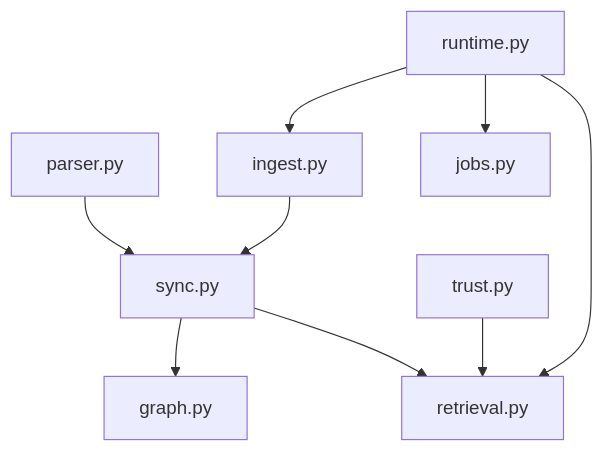
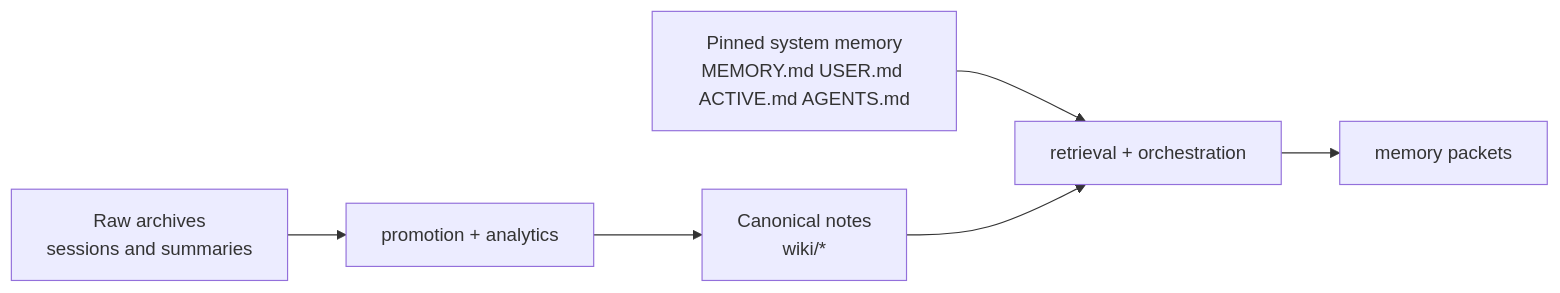
One commit to Jianyu010/MnemonicOS changed the fifth of 5 diagrams in README.md. Above: the diagram before and after it, drawn with Mermaid. The commit also changed other lines of this file and 38 other files, not shown here.

Commit message:
Update README for orchestrator and daemon architecture

````diff
--- a/README.md
+++ b/README.md
@@ -215,11 +127,8 @@
 ```mermaid
-flowchart TD
-    A["parser.py"] --> B["sync.py"]
-    C["ingest.py"] --> B
-    B --> D["graph.py"]
-    B --> E["retrieval.py"]
-    F["trust.py"] --> E
-    G["runtime.py"] --> E
-    G --> C
-    G --> H["jobs.py"]
+flowchart LR
+    A["Pinned system memory<br/>MEMORY.md USER.md ACTIVE.md AGENTS.md"] --> D["retrieval + orchestration"]
+    B["Canonical notes<br/>wiki/*"] --> D
+    C["Raw archives<br/>sessions and summaries"] --> E["promotion + analytics"]
+    D --> F["memory packets"]
+    E --> B
 ```
````
